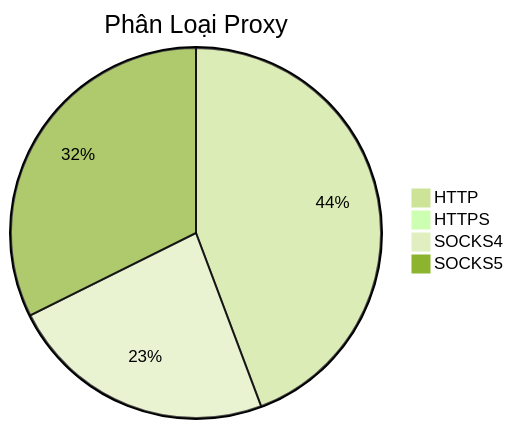
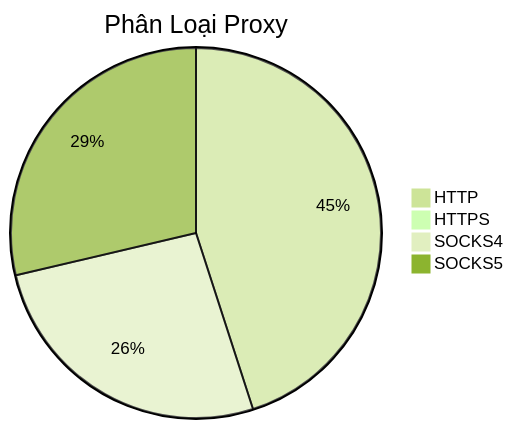
The diagram in README.md (Ciara-12/PROXY-free), drawn with Mermaid (forest theme) before and after one commit. The commit also changed other lines of this file and 4 other files, not shown here.

````diff
--- a/README.md
+++ b/README.md
@@ -26,7 +26,7 @@
 ```mermaid
 pie title Phân Loại Proxy
-    "HTTP" : 445
-    "HTTPS" : 7
-    "SOCKS4" : 235
-    "SOCKS5" : 325
+    "HTTP" : 515
+    "HTTPS" : 4
+    "SOCKS4" : 301
+    "SOCKS5" : 328
 ```
````
